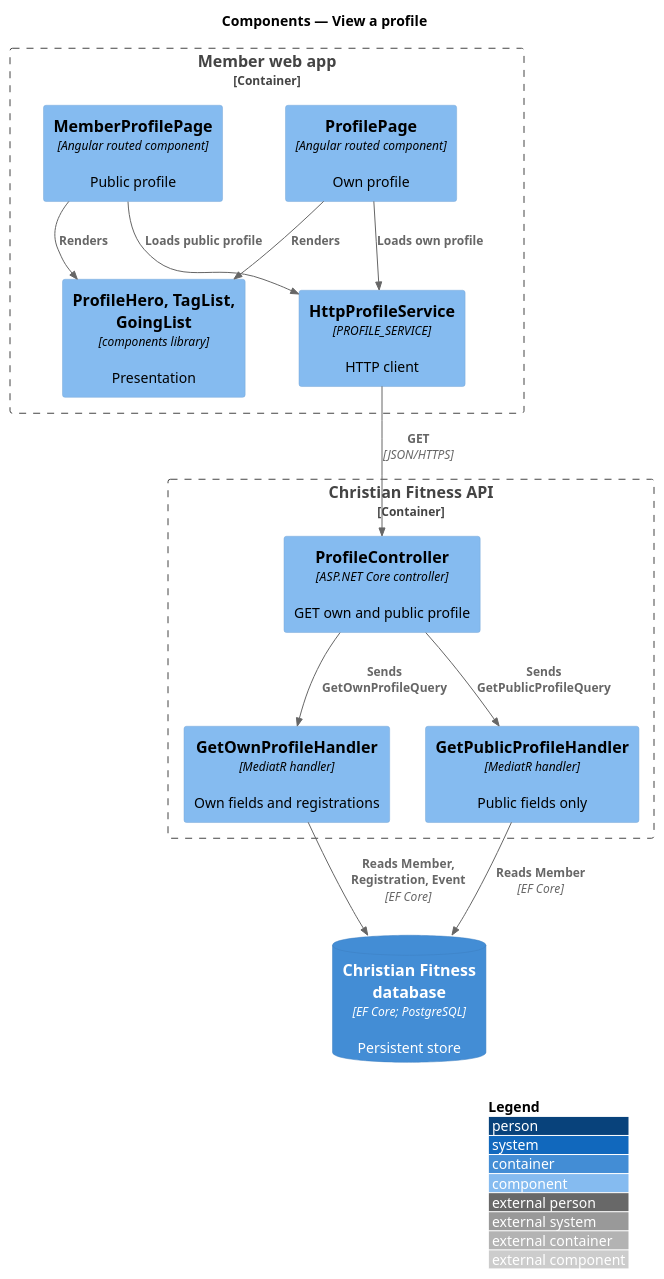
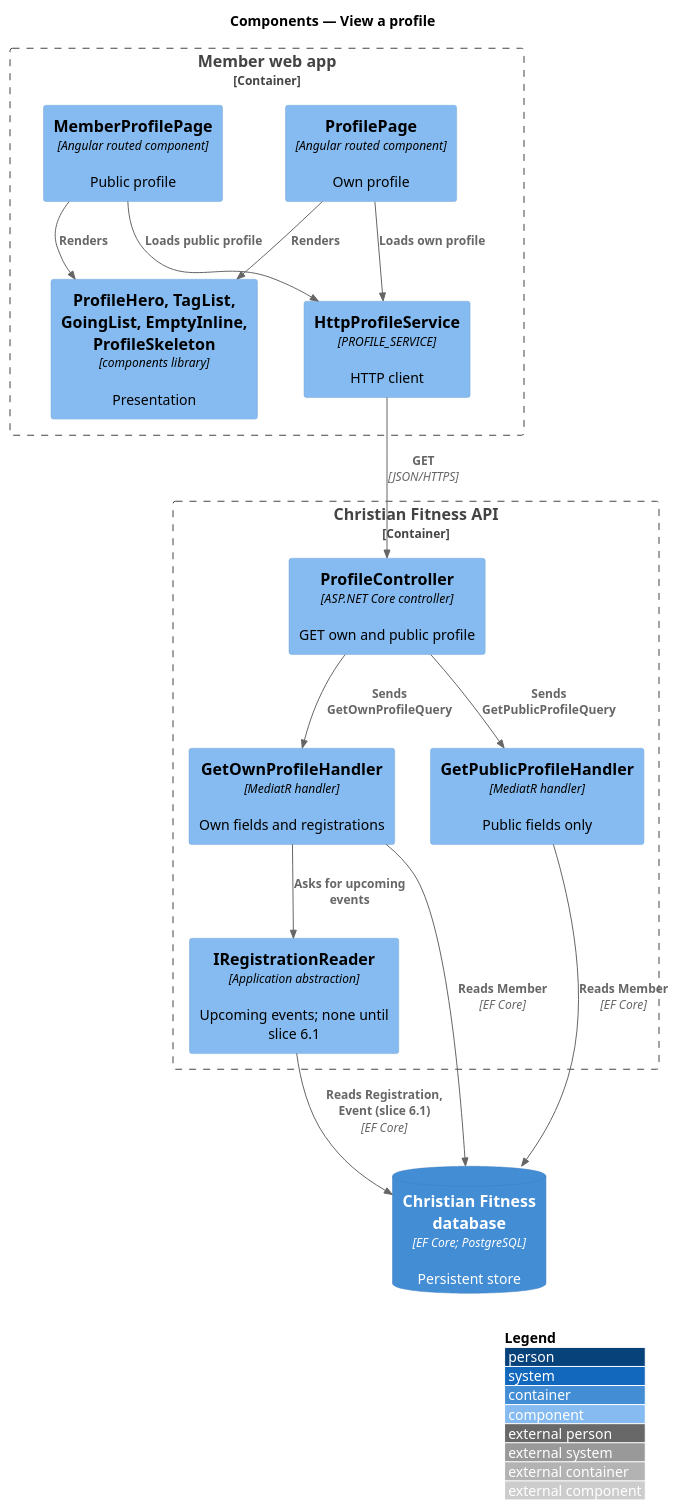
Before and after one commit to QuinntyneBrown/christian-fitness: the diagram in docs/detailed-designs/member-profile/view-profile/diagrams/c4-component.puml, drawn with PlantUML. The commit also changed 18 other files, not shown here.

First line of the commit message:
Align the profile design and mocks with slice 18.1

```diff
--- a/docs/detailed-designs/member-profile/view-profile/diagrams/c4-component.puml
+++ b/docs/detailed-designs/member-profile/view-profile/diagrams/c4-component.puml
@@ -1,28 +1,31 @@
 @startuml
 !include <C4/C4_Component>
 LAYOUT_WITH_LEGEND()
 title Components — View a profile
 
 Container_Boundary(web, "Member web app") {
   Component(page, "ProfilePage", "Angular routed component", "Own profile")
   Component(mpage, "MemberProfilePage", "Angular routed component", "Public profile")
-  Component(ui, "ProfileHero, TagList, GoingList", "components library", "Presentation")
+  Component(ui, "ProfileHero, TagList, GoingList, EmptyInline, ProfileSkeleton", "components library", "Presentation")
   Component(svc, "HttpProfileService", "PROFILE_SERVICE", "HTTP client")
 }
 Container_Boundary(api, "Christian Fitness API") {
   Component(ctrl, "ProfileController", "ASP.NET Core controller", "GET own and public profile")
   Component(h1, "GetOwnProfileHandler", "MediatR handler", "Own fields and registrations")
+  Component(reg, "IRegistrationReader", "Application abstraction", "Upcoming events; none until slice 6.1")
   Component(h2, "GetPublicProfileHandler", "MediatR handler", "Public fields only")
 }
 ContainerDb(db, "Christian Fitness database", "EF Core; PostgreSQL", "Persistent store")
 
 Rel(page, ui, "Renders")
 Rel(mpage, ui, "Renders")
 Rel(page, svc, "Loads own profile")
 Rel(mpage, svc, "Loads public profile")
 Rel(svc, ctrl, "GET", "JSON/HTTPS")
 Rel(ctrl, h1, "Sends GetOwnProfileQuery")
 Rel(ctrl, h2, "Sends GetPublicProfileQuery")
-Rel(h1, db, "Reads Member, Registration, Event", "EF Core")
+Rel(h1, db, "Reads Member", "EF Core")
+Rel(h1, reg, "Asks for upcoming events")
+Rel(reg, db, "Reads Registration, Event (slice 6.1)", "EF Core")
 Rel(h2, db, "Reads Member", "EF Core")
 @enduml
```
